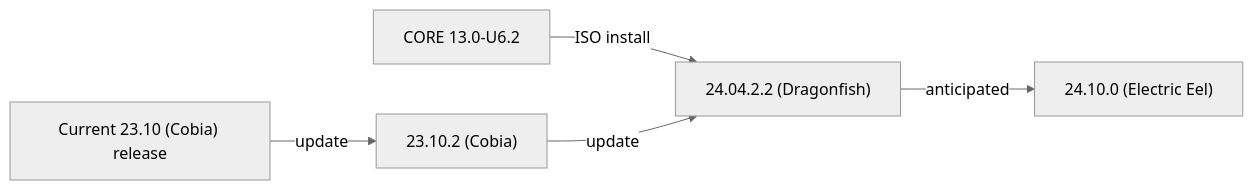
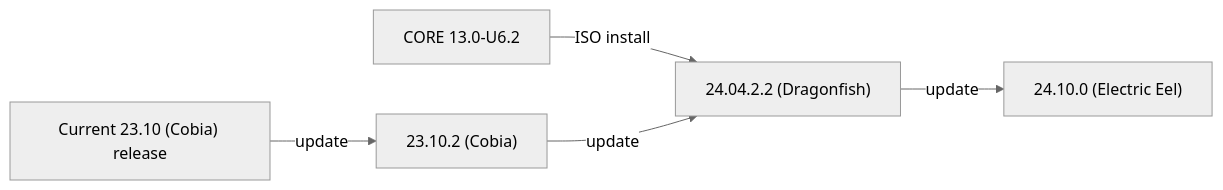
Before and after one commit to truenas/documentation: the second of 2 diagrams in static/includes/SCALEUpgradePaths.md, drawn with Mermaid (neutral theme). The commit also changed other lines of this file, not shown here.

```diff
--- a/static/includes/SCALEUpgradePaths.md
+++ b/static/includes/SCALEUpgradePaths.md
@@ -65,8 +65,8 @@
           {{< mermaid class="mermaid_sizing" >}}
           flowchart LR
             A["CORE 13.0-U6.2"] -->|ISO install| D
             B["Current 23.10 (Cobia) release"] -->|update| C
             C["23.10.2 (Cobia)"] -->|update| D
-            D["24.04.2.2 (Dragonfish)"]  -->|anticipated| E
+            D["24.04.2.2 (Dragonfish)"]  -->|update| E
             E["24.10.0 (Electric Eel)"]
           {{< /mermaid >}}
```
